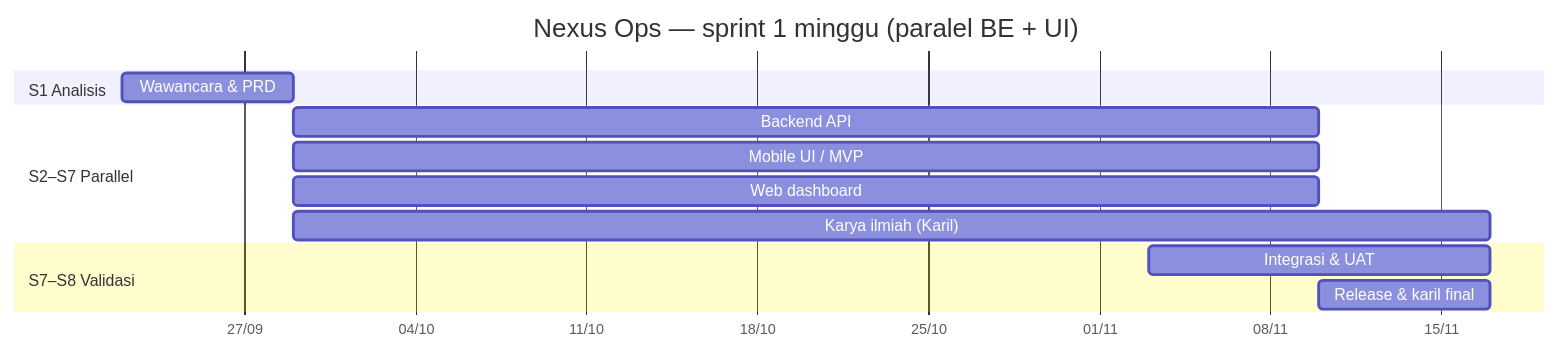
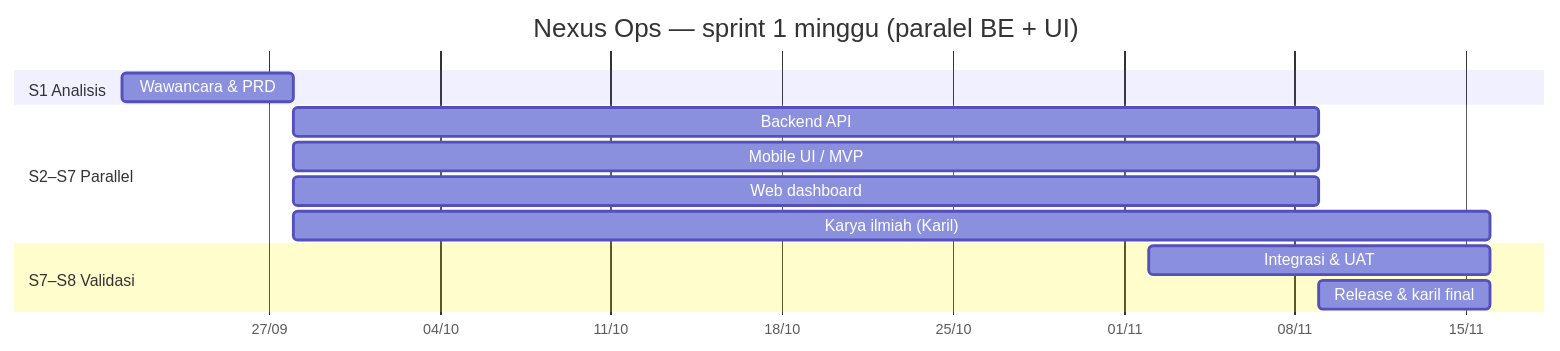
The second of 3 diagrams in docs/sdlc.md (Capstone-Project-Team-B-2026/docs), drawn with Mermaid before and after one commit. The commit also changed other lines of this file, not shown here.

````diff
--- a/docs/sdlc.md
+++ b/docs/sdlc.md
@@ -180,19 +182,19 @@
 ```mermaid
 gantt
   title Nexus Ops — sprint 1 minggu (paralel BE + UI)
   dateFormat  YYYY-MM-DD
   axisFormat  %d/%m
 
   section S1 Analisis
-  Wawancara & PRD                :a1, 2026-09-22, 7d
+  Wawancara & PRD                :a1, 2026-09-21, 7d
 
   section S2–S7 Parallel
-  Backend API                    :b1, 2026-09-29, 42d
-  Mobile UI / MVP                :m1, 2026-09-29, 42d
-  Web dashboard                  :w1, 2026-09-29, 42d
-  Karya ilmiah (Karil)           :k1, 2026-09-29, 49d
+  Backend API                    :b1, 2026-09-28, 42d
+  Mobile UI / MVP                :m1, 2026-09-28, 42d
+  Web dashboard                  :w1, 2026-09-28, 42d
+  Karya ilmiah (Karil)           :k1, 2026-09-28, 49d
 
   section S7–S8 Validasi
-  Integrasi & UAT                :t1, 2026-11-03, 14d
-  Release & karil final          :r1, 2026-11-10, 7d
+  Integrasi & UAT                :t1, 2026-11-02, 14d
+  Release & karil final          :r1, 2026-11-09, 7d
 ```
````
